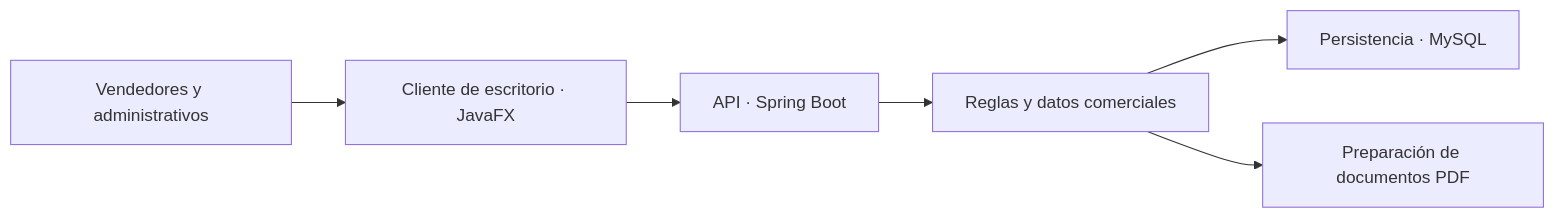
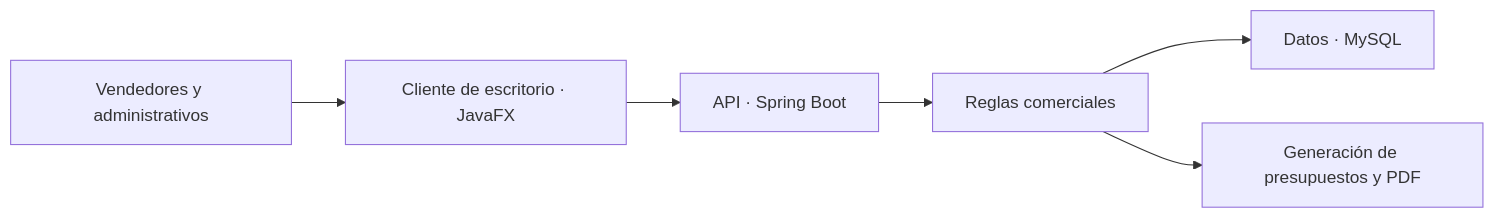
The diagram in docs/arquitectura.md (IngeniaSoftwareok/caso-gestion-obras), drawn with Mermaid before and after one commit. The commit also changed other lines of this file and 7 other files, not shown here.

````diff
--- a/docs/arquitectura.md
+++ b/docs/arquitectura.md
@@ -5,8 +5,8 @@
 ```mermaid
 flowchart LR
   U["Vendedores y administrativos"] --> D["Cliente de escritorio · JavaFX"]
   D --> A["API · Spring Boot"]
-  A --> B["Reglas y datos comerciales"]
-  B --> M["Persistencia · MySQL"]
-  B --> P["Preparación de documentos PDF"]
+  A --> B["Reglas comerciales"]
+  B --> M["Datos · MySQL"]
+  B --> P["Generación de presupuestos y PDF"]
 ```
````
